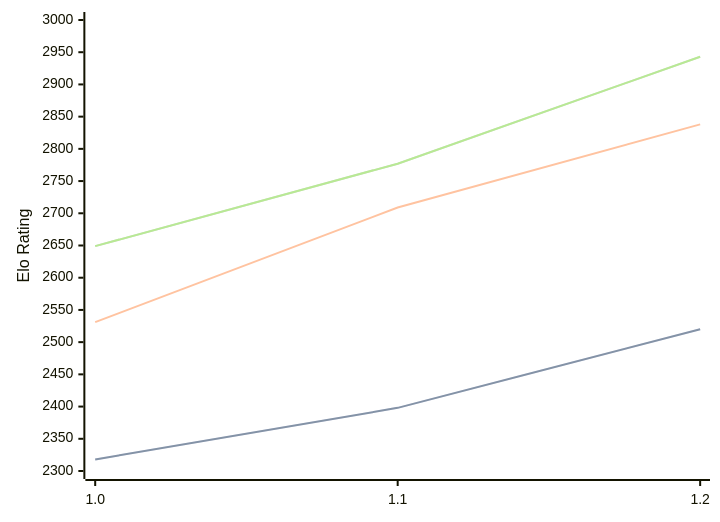
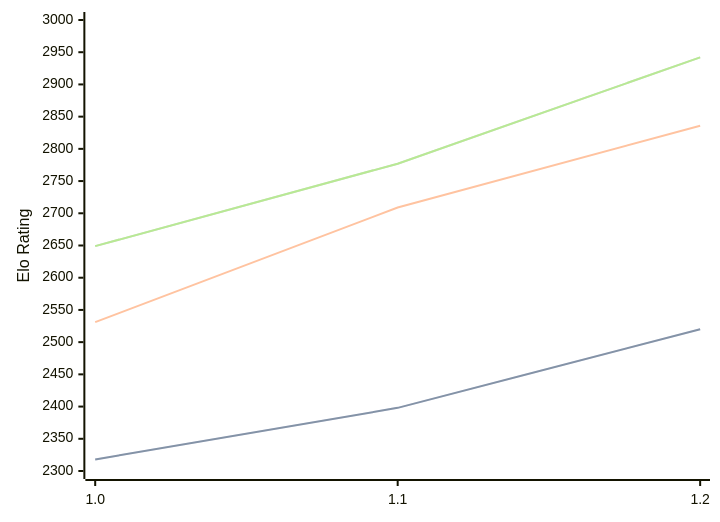
The diagram in engines/FoxChess.md (computer-chess-index/cci), drawn with Mermaid before and after one commit. The commit also changed other lines of this file, not shown here.

Commit message:
Update CCI Ratings (ELO VLTC) - 2026-09-01

````diff
--- a/engines/FoxChess.md
+++ b/engines/FoxChess.md
@@ -33,11 +33,11 @@
 ```mermaid
 %%{init: {"theme":"base","themeVariables":{"seriesColors:['#a3a3a3','#222221','#faa371']}}}%%
 xychart-beta
   x-axis ["1.0", "1.1", "1.2"]
   y-axis "Elo Rating" 2300 --> 3000
   line "" [2318, 2398, 2520]
   line "STC (8.0+0.08s)" [2318, 2398, 2520]
-  line "LTC (60.0+0.60s)" [2531, 2709, 2838]
-  line "" [2649, 2777, 2943]
-  line "VLTC (2m24s+1.12s)" [2649, 2777, 2943]
+  line "LTC (60.0+0.60s)" [2531, 2709, 2836]
+  line "" [2649, 2777, 2942]
+  line "VLTC (2m24s+1.12s)" [2649, 2777, 2942]
 ```
````
